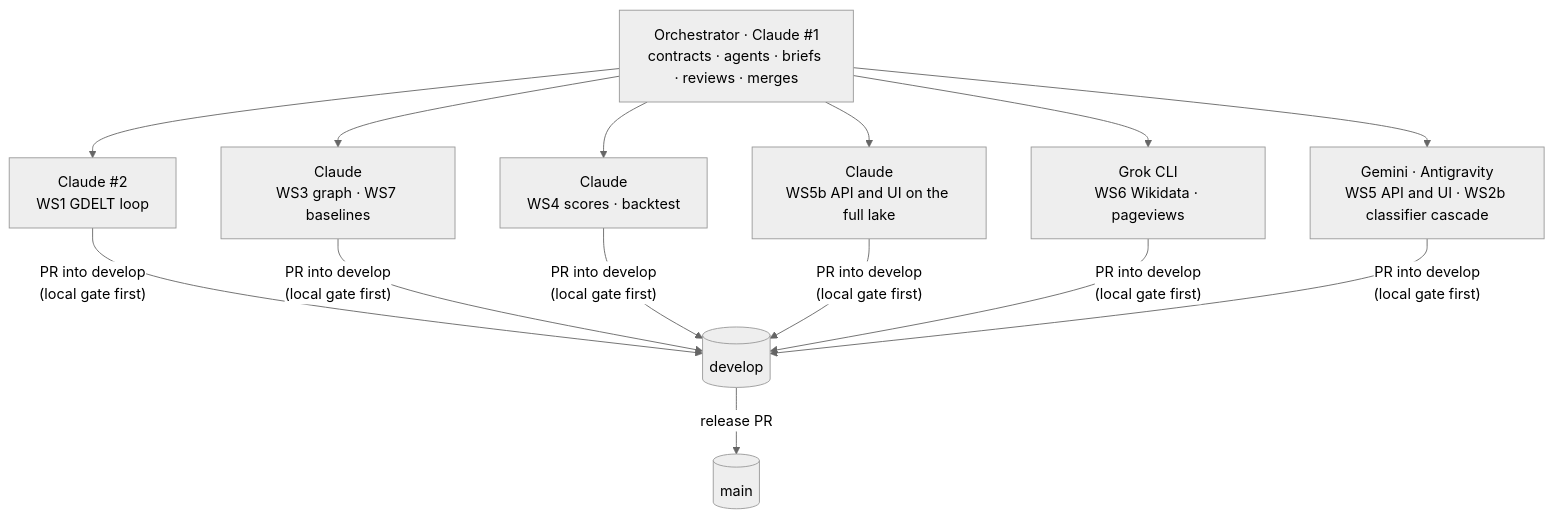
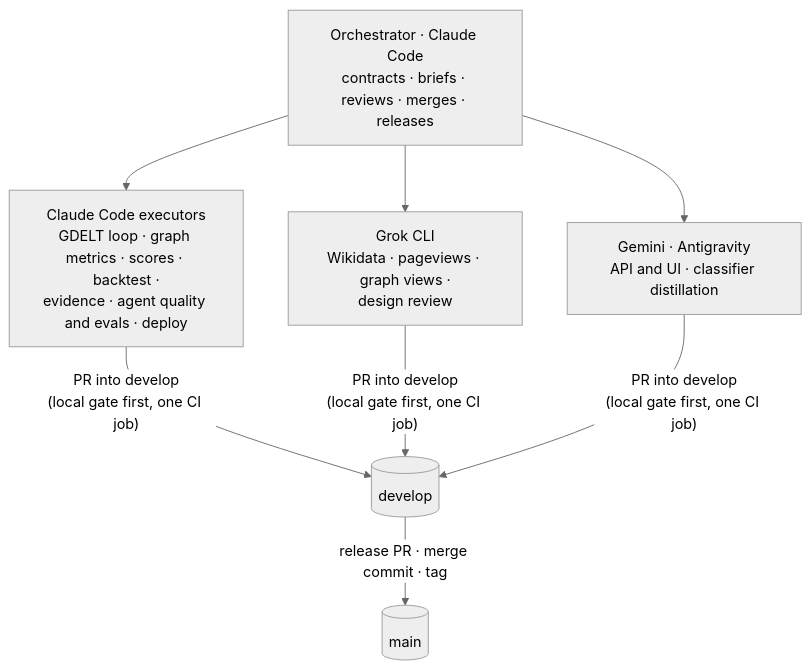
The ninth of 9 diagrams in README.md (LEONOB2014/Blinky), drawn with Mermaid (neutral theme) before and after one commit. The commit also changed other lines of this file, not shown here.

Commit message:
docs: rework the README architecture, data flow, agents, eval and deploy diagrams

````diff
--- a/README.md
+++ b/README.md
@@ -206,12 +345,9 @@
 ```mermaid
 flowchart TB
-  O["Orchestrator · Claude #1<br/>contracts · agents · briefs · reviews · merges"]
-  O --> W1["Claude #2<br/>WS1 GDELT loop"]
-  O --> W3["Claude<br/>WS3 graph · WS7 baselines"]
-  O --> W4["Claude<br/>WS4 scores · backtest"]
-  O --> W5["Claude<br/>WS5b API and UI on the full lake"]
-  O --> W6["Grok CLI<br/>WS6 Wikidata · pageviews"]
-  O --> W2["Gemini · Antigravity<br/>WS5 API and UI · WS2b classifier cascade"]
-  W1 & W3 & W4 & W5 & W6 & W2 -->|"PR into develop<br/>(local gate first)"| D[("develop")]
-  D -->|"release PR"| M[("main")]
+  O["Orchestrator · Claude Code<br/>contracts · briefs · reviews · merges · releases"]
+  O --> CC["Claude Code executors<br/>GDELT loop · graph metrics · scores · backtest ·<br/>evidence · agent quality and evals · deploy"]
+  O --> GK["Grok CLI<br/>Wikidata · pageviews · graph views ·<br/>design review"]
+  O --> GM["Gemini · Antigravity<br/>API and UI · classifier distillation"]
+  CC & GK & GM -->|"PR into develop<br/>(local gate first, one CI job)"| D[("develop")]
+  D -->|"release PR · merge commit · tag"| M[("main")]
 ```
````
